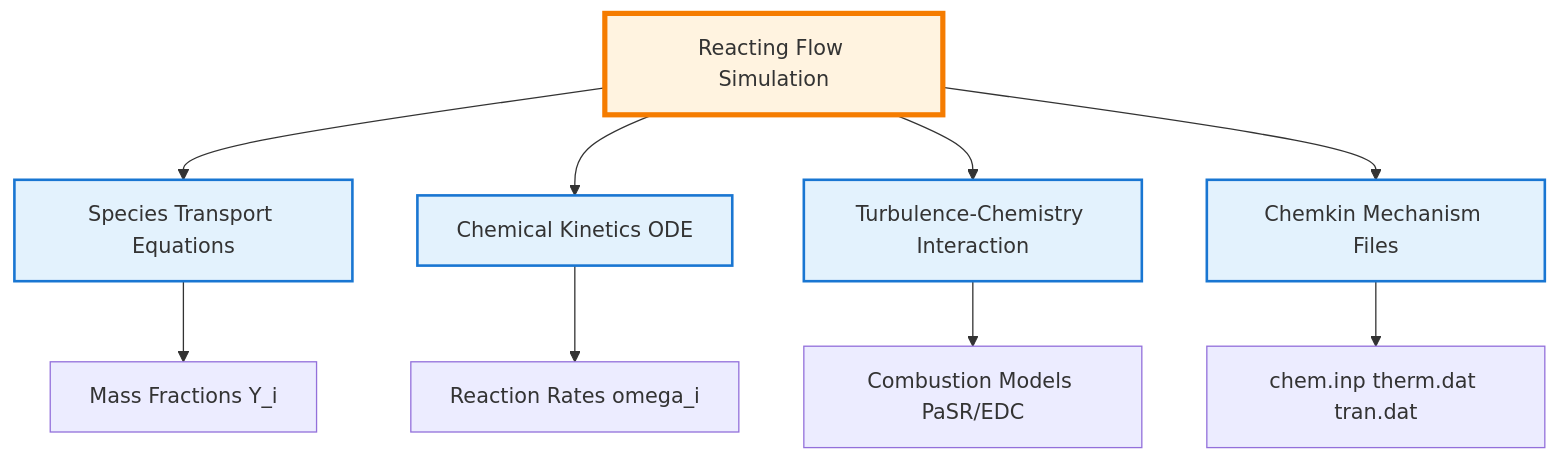
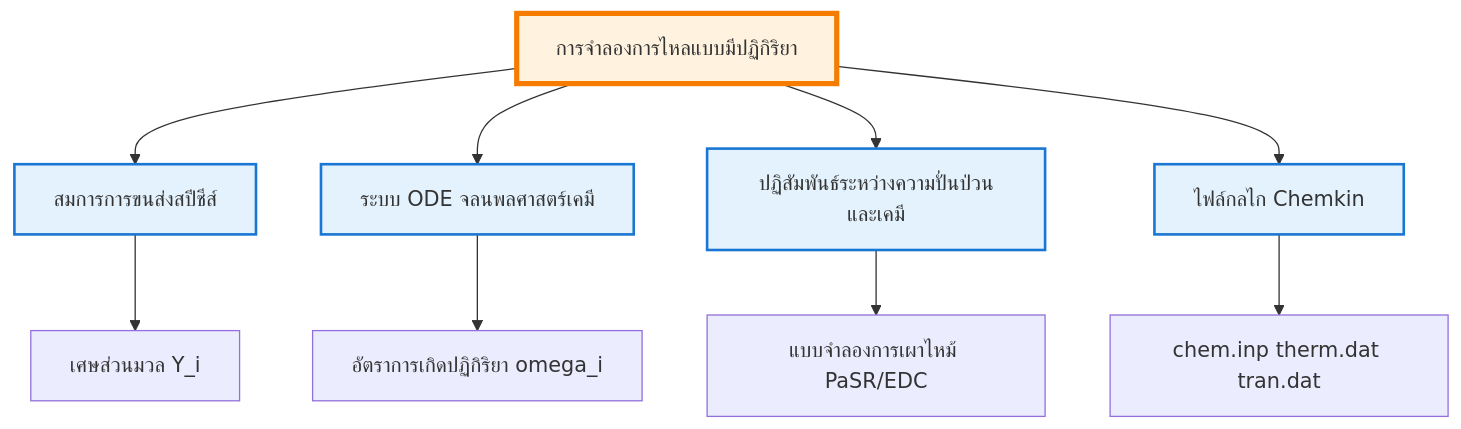
One commit to wramet/build-my-cfd changed the diagram in MODULE_06_ADVANCED_PHYSICS/CONTENT/03_REACTING_FLOWS/00_Overview.md. Above: the diagram before and after it, drawn with Mermaid. The commit also changed other lines of this file and 104 other files, not shown here.

````diff
--- a/MODULE_06_ADVANCED_PHYSICS/CONTENT/03_REACTING_FLOWS/00_Overview.md
+++ b/MODULE_06_ADVANCED_PHYSICS/CONTENT/03_REACTING_FLOWS/00_Overview.md
@@ -19,18 +19,18 @@
 ```mermaid
 flowchart TD
-    A[Reacting Flow Simulation] --> B[Species Transport Equations]
-    A --> C[Chemical Kinetics ODE]
-    A --> D[Turbulence-Chemistry Interaction]
-    A --> E[Chemkin Mechanism Files]
+    A[การจำลองการไหลแบบมีปฏิกิริยา] --> B[สมการการขนส่งสปีชีส์]
+    A --> C[ระบบ ODE จลนพลศาสตร์เคมี]
+    A --> D[ปฏิสัมพันธ์ระหว่างความปั่นป่วนและเคมี]
+    A --> E[ไฟล์กลไก Chemkin]
 
-    B --> F[Mass Fractions Y_i]
-    C --> G[Reaction Rates omega_i]
-    D --> H[Combustion Models PaSR/EDC]
+    B --> F[เศษส่วนมวล Y_i]
+    C --> G[อัตราการเกิดปฏิกิริยา omega_i]
+    D --> H[แบบจำลองการเผาไหม้ PaSR/EDC]
     E --> I[chem.inp therm.dat tran.dat]
 
     style A fill:#fff3e0,stroke:#f57c00,stroke-width:4px
     style B fill:#e3f2fd,stroke:#1976d2,stroke-width:2px
     style C fill:#e3f2fd,stroke:#1976d2,stroke-width:2px
     style D fill:#e3f2fd,stroke:#1976d2,stroke-width:2px
     style E fill:#e3f2fd,stroke:#1976d2,stroke-width:2px
 ```
````
